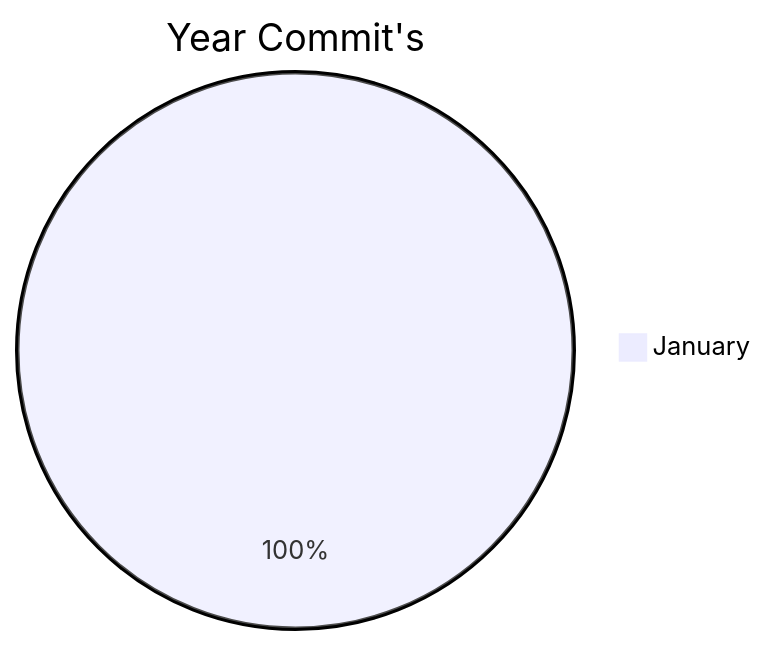
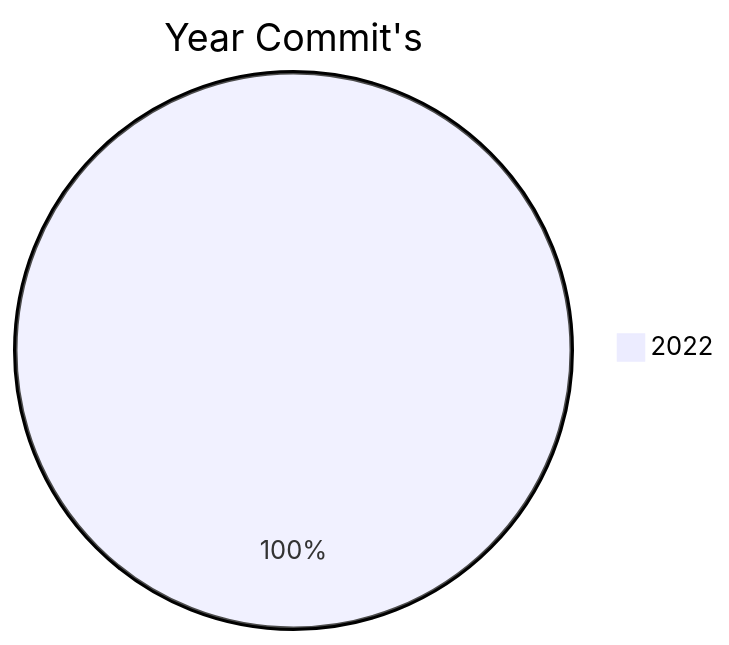
The first of 2 diagrams in README.md (BackdevHong/YOC), drawn with Mermaid before and after one commit. The commit also changed other lines of this file, not shown here.

````diff
--- a/README.md
+++ b/README.md
@@ -7,4 +7,4 @@
 ```mermaid
 pie title Year Commit's
-    "January" : 413
+    "2022" : 413
 ```
````
